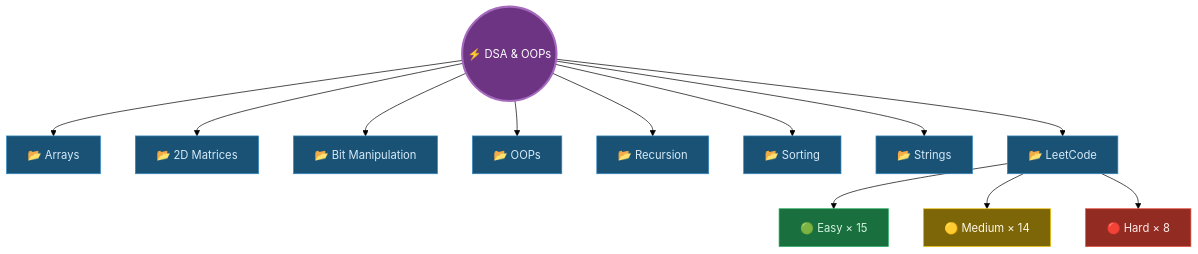
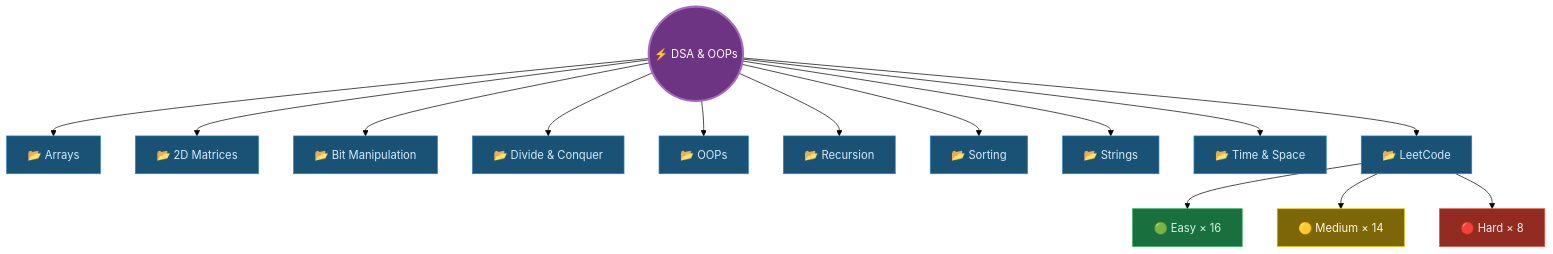
Before and after one commit to raghuvanshi-sec/DSA: the diagram in README.md, drawn with Mermaid (forest theme). The commit also changed other lines of this file and 1 other file, not shown here.

Commit message:
feat: add modified bubble sort implementation and document Divide & Conquer algorithms in README

````diff
--- a/README.md
+++ b/README.md
@@ -74,30 +76,34 @@
 ```mermaid
 graph TD
     R(("⚡ DSA & OOPs"))
 
     R --> A["📂 Arrays"]
     R --> M["📂 2D Matrices"]
     R --> B["📂 Bit Manipulation"]
+    R --> DC["📂 Divide & Conquer"]
     R --> O["📂 OOPs"]
     R --> REC["📂 Recursion"]
     R --> S["📂 Sorting"]
     R --> ST["📂 Strings"]
+    R --> TS["📂 Time & Space"]
     R --> LC["📂 LeetCode"]
 
-    LC --> E["🟢 Easy × 15"]
+    LC --> E["🟢 Easy × 16"]
     LC --> MD["🟡 Medium × 14"]
     LC --> H["🔴 Hard × 8"]
 
     style R fill:#6c3483,stroke:#a569bd,stroke-width:3px,color:#fff
     style A fill:#1a5276,stroke:#2e86c1,color:#d6eaf8
     style M fill:#1a5276,stroke:#2e86c1,color:#d6eaf8
     style B fill:#1a5276,stroke:#2e86c1,color:#d6eaf8
+    style DC fill:#1a5276,stroke:#2e86c1,color:#d6eaf8
     style O fill:#1a5276,stroke:#2e86c1,color:#d6eaf8
     style REC fill:#1a5276,stroke:#2e86c1,color:#d6eaf8
     style S fill:#1a5276,stroke:#2e86c1,color:#d6eaf8
     style ST fill:#1a5276,stroke:#2e86c1,color:#d6eaf8
+    style TS fill:#1a5276,stroke:#2e86c1,color:#d6eaf8
     style LC fill:#1a5276,stroke:#2e86c1,color:#d6eaf8
     style E fill:#196f3d,stroke:#27ae60,color:#d5f5e3
     style MD fill:#7d6608,stroke:#f1c40f,color:#fef9e7
     style H fill:#922b21,stroke:#e74c3c,color:#fdedec
 ```
````
